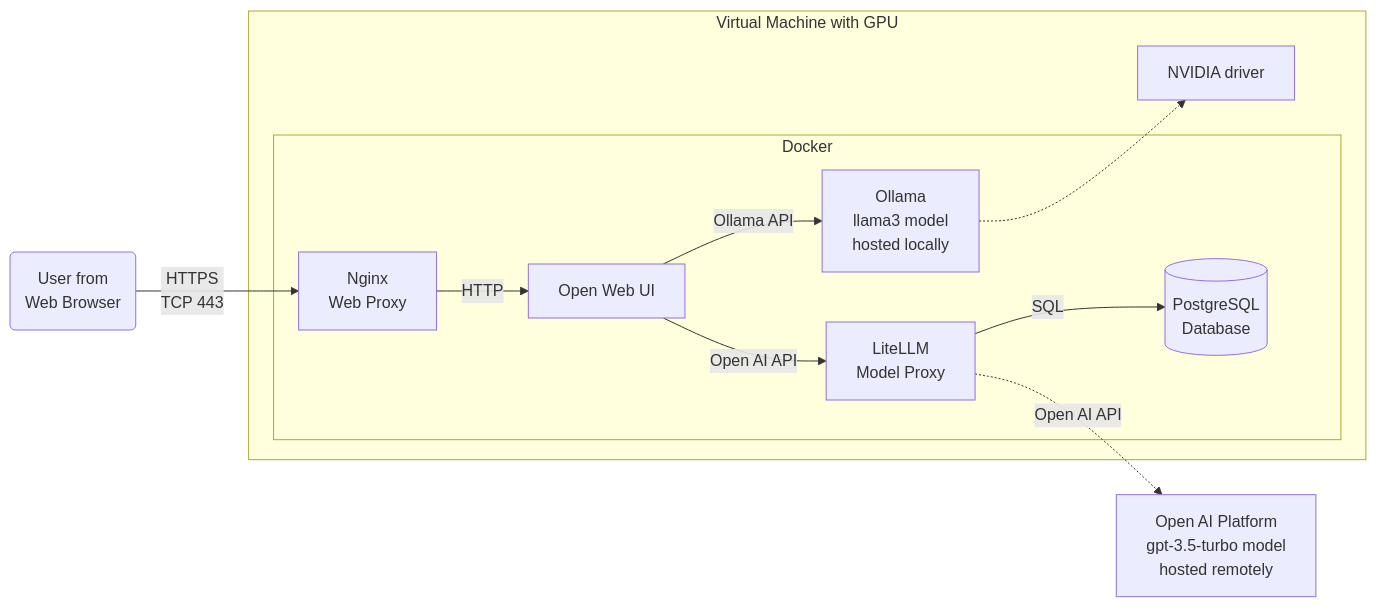
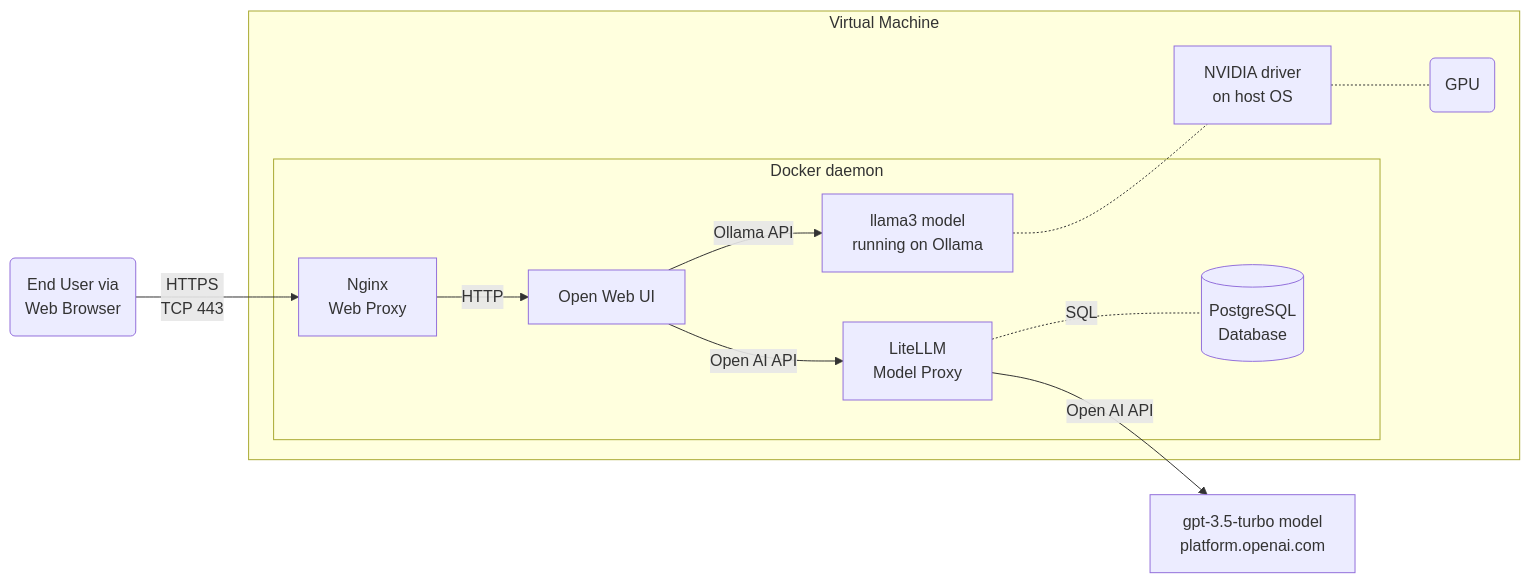
One commit to digihunch/chat-service changed the diagram in README.md. Above: the diagram before and after it, drawn with Mermaid. The commit also changed other lines of this file, not shown here.

````diff
--- a/README.md
+++ b/README.md
@@ -7,14 +16,15 @@
 ```mermaid
 graph LR;
-    A(User from\nWeb Browser) --> |HTTPS\n TCP 443|B[Nginx \n Web Proxy];
-    subgraph Virtual Machine with GPU
-    subgraph Docker 
+    A(End User via\nWeb Browser) --> |HTTPS\n TCP 443|B[Nginx \n Web Proxy];
+    subgraph Virtual Machine
+    subgraph Docker daemon
     B -->|HTTP| C[Open Web UI]
-    C -->|Ollama API| D[Ollama\n llama3 model\nhosted locally];
+    C -->|Ollama API| D[llama3 model\n running on Ollama];
     C -->|Open AI API| E[LiteLLM\n Model Proxy];
-    E -->|SQL| F[(PostgreSQL\n Database)];
+    E -.-|SQL| F[(PostgreSQL\n Database)];
     end
-    D -.-> G[NVIDIA driver]
+    D -.- G[NVIDIA driver\non host OS]
+    G -.- I(GPU)
     end
-    E -.->|Open AI API| H[Open AI Platform\ngpt-3.5-turbo model\nhosted remotely];
+    E -->|Open AI API| H[gpt-3.5-turbo model\n platform.openai.com];
 ```
````
